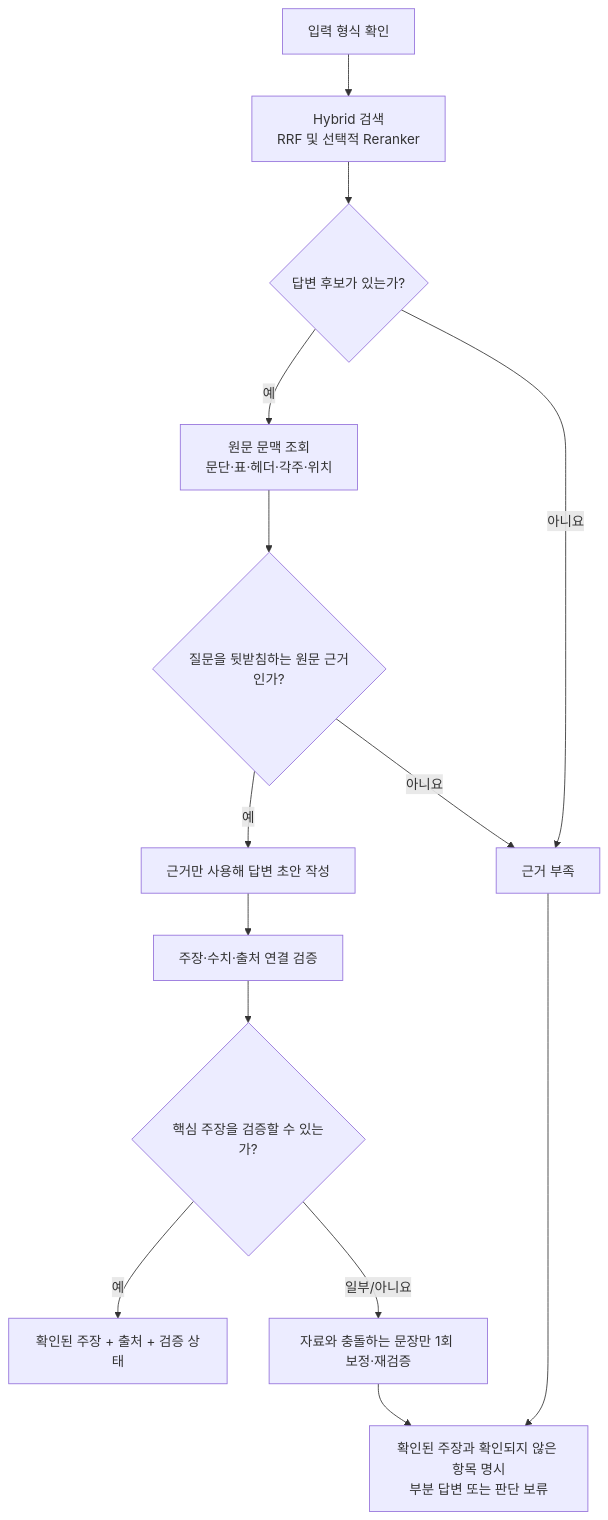
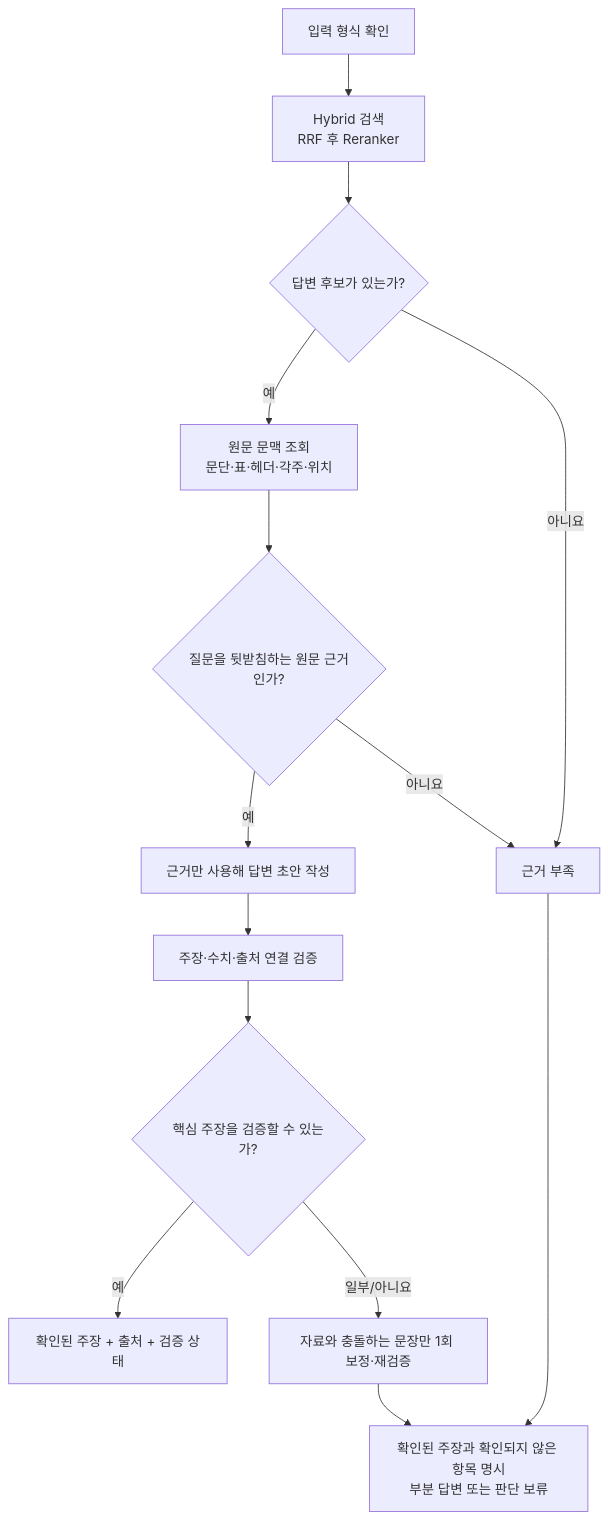
The first of 4 diagrams in docs/big-nodes/T-01.md (Jungminii-1114/ReportAnchor), drawn with Mermaid before and after one commit. The commit also changed other lines of this file and 12 other files, not shown here.

````diff
--- a/docs/big-nodes/T-01.md
+++ b/docs/big-nodes/T-01.md
@@ -19,16 +19,16 @@
 ```mermaid
 flowchart TD
-    A["입력 형식 확인"] --> B["Hybrid 검색<br/>RRF 및 선택적 Reranker"]
+    A["입력 형식 확인"] --> B["Hybrid 검색<br/>RRF 후 Reranker"]
     B --> C{"답변 후보가 있는가?"}
     C -->|"예"| D["원문 문맥 조회<br/>문단·표·헤더·각주·위치"]
     C -->|"아니요"| X["근거 부족"]
     D --> E{"질문을 뒷받침하는 원문 근거인가?"}
     E -->|"예"| F["근거만 사용해 답변 초안 작성"]
     E -->|"아니요"| X
     F --> G["주장·수치·출처 연결 검증"]
     G --> H{"핵심 주장을 검증할 수 있는가?"}
     H -->|"예"| I["확인된 주장 + 출처 + 검증 상태"]
     H -->|"일부/아니요"| K["자료와 충돌하는 문장만 1회 보정·재검증"]
     K --> J["확인된 주장과 확인되지 않은 항목 명시<br/>부분 답변 또는 판단 보류"]
     X --> J
 ```
````
